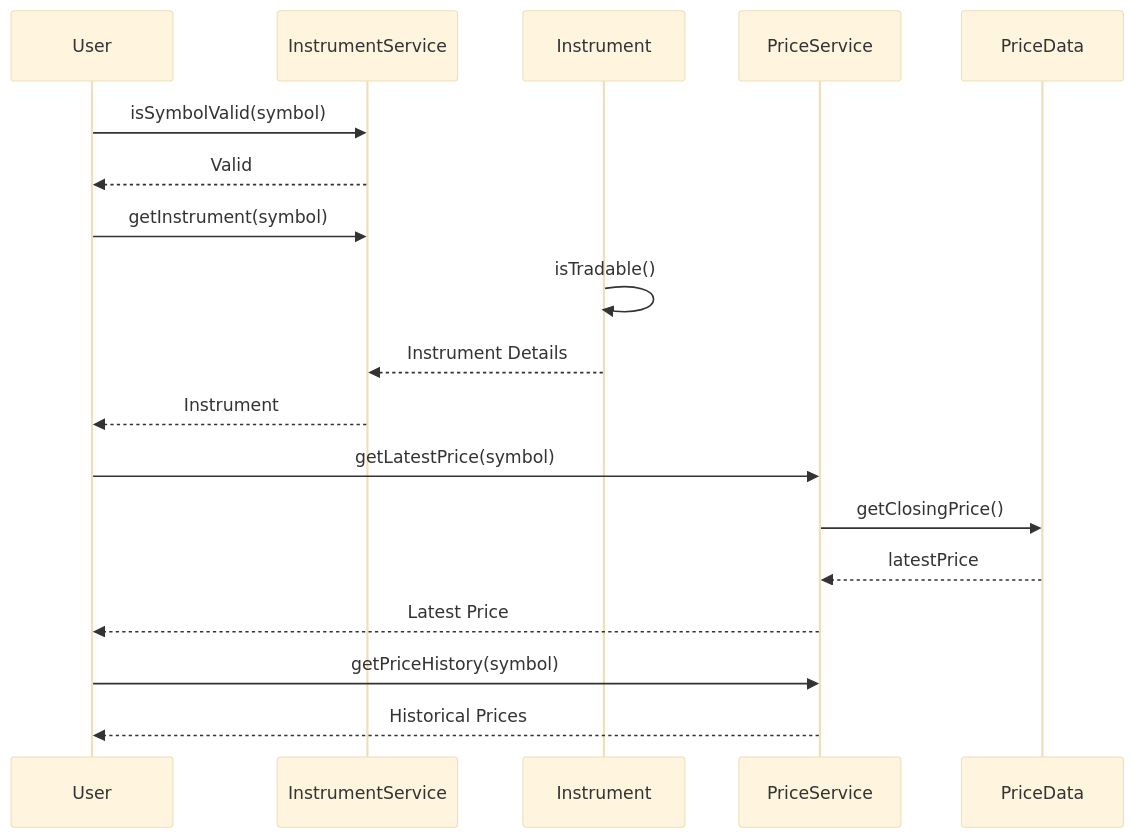
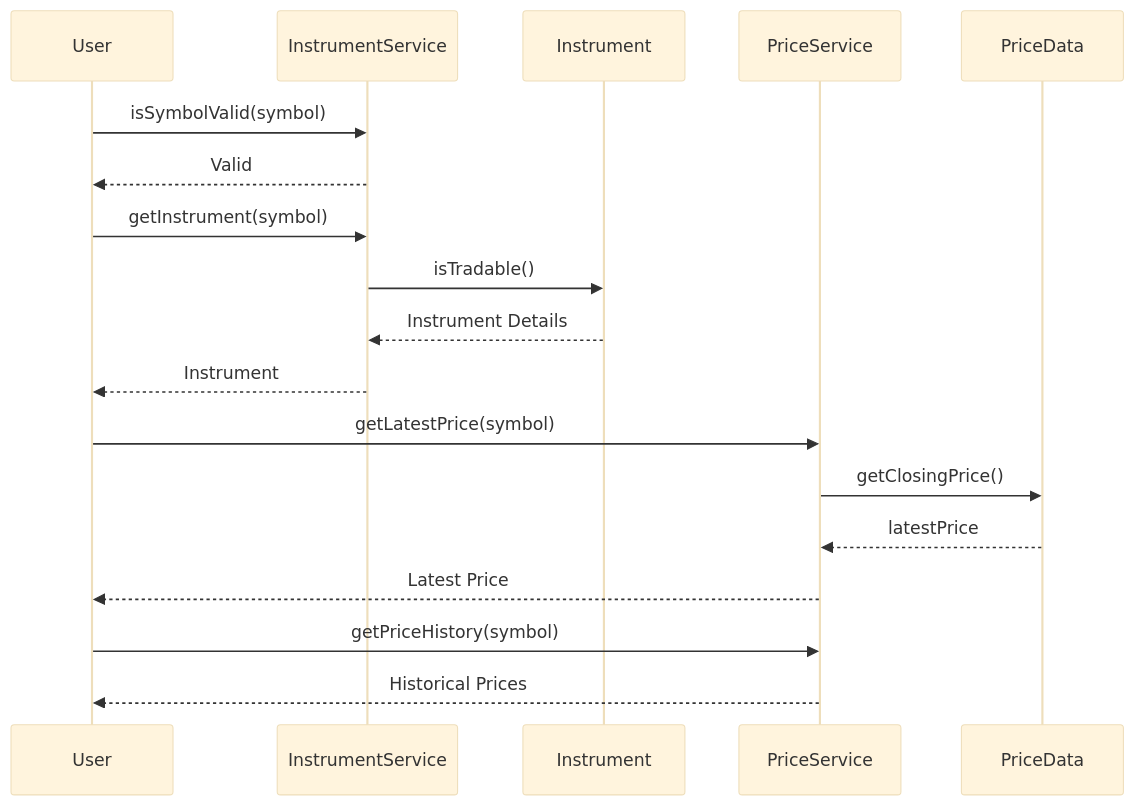
The diagram in app/docs/Sequence Diagrams/08_Market_Data_Instruments.md (Narcis24/Tech-Nova-Project), drawn with Mermaid (base theme) before and after one commit. The commit also changed 1 other file, not shown here.

Commit message:
Typos corrected in the sequence diagrams

````diff
--- a/app/docs/Sequence Diagrams/08_Market_Data_Instruments.md
+++ b/app/docs/Sequence Diagrams/08_Market_Data_Instruments.md
@@ -1,27 +1,27 @@
 ```mermaid
 
 sequenceDiagram
     participant User
     participant InstrumentService
     participant Instrument
     participant PriceService
     participant PriceData
     
     User->>InstrumentService: isSymbolValid(symbol)
     InstrumentService-->>User: Valid
     
     User->>InstrumentService: getInstrument(symbol)
-    Instrument->>Instrument: isTradable()
+    InstrumentService->>Instrument: isTradable()
     
     Instrument-->>InstrumentService: Instrument Details
     InstrumentService-->>User: Instrument
     
     User->>PriceService: getLatestPrice(symbol)
     PriceService->>PriceData: getClosingPrice()
     PriceData-->>PriceService: latestPrice
     PriceService-->>User: Latest Price
     
     User->>PriceService: getPriceHistory(symbol)
     PriceService-->>User: Historical Prices
    
 ```
````
